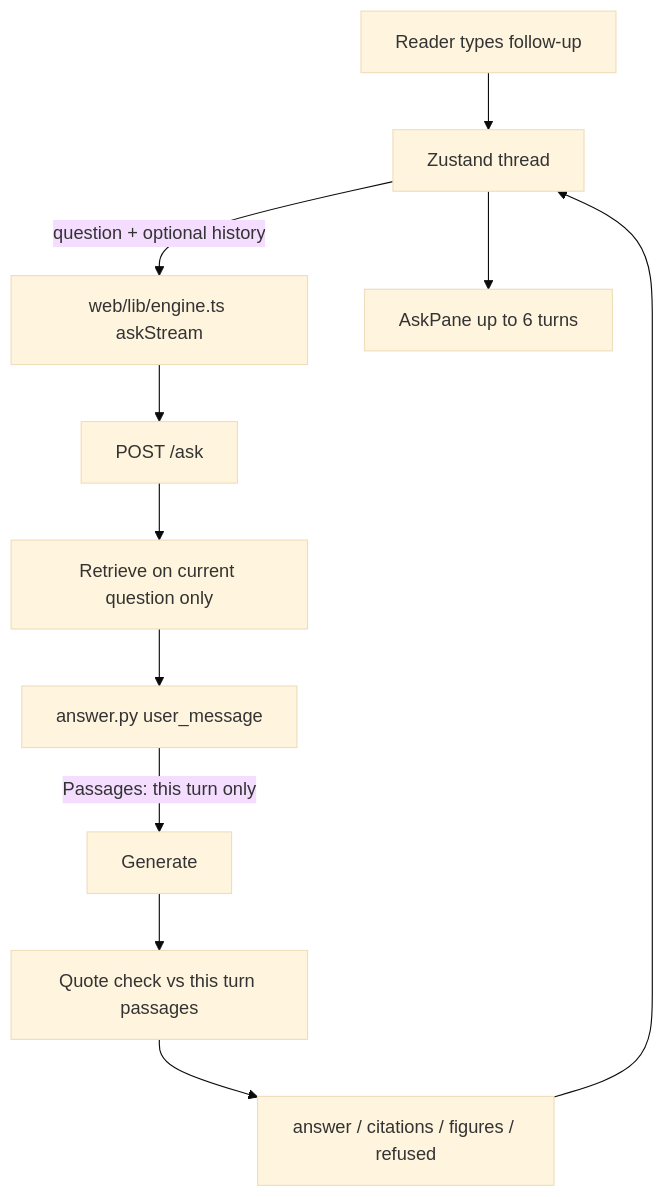
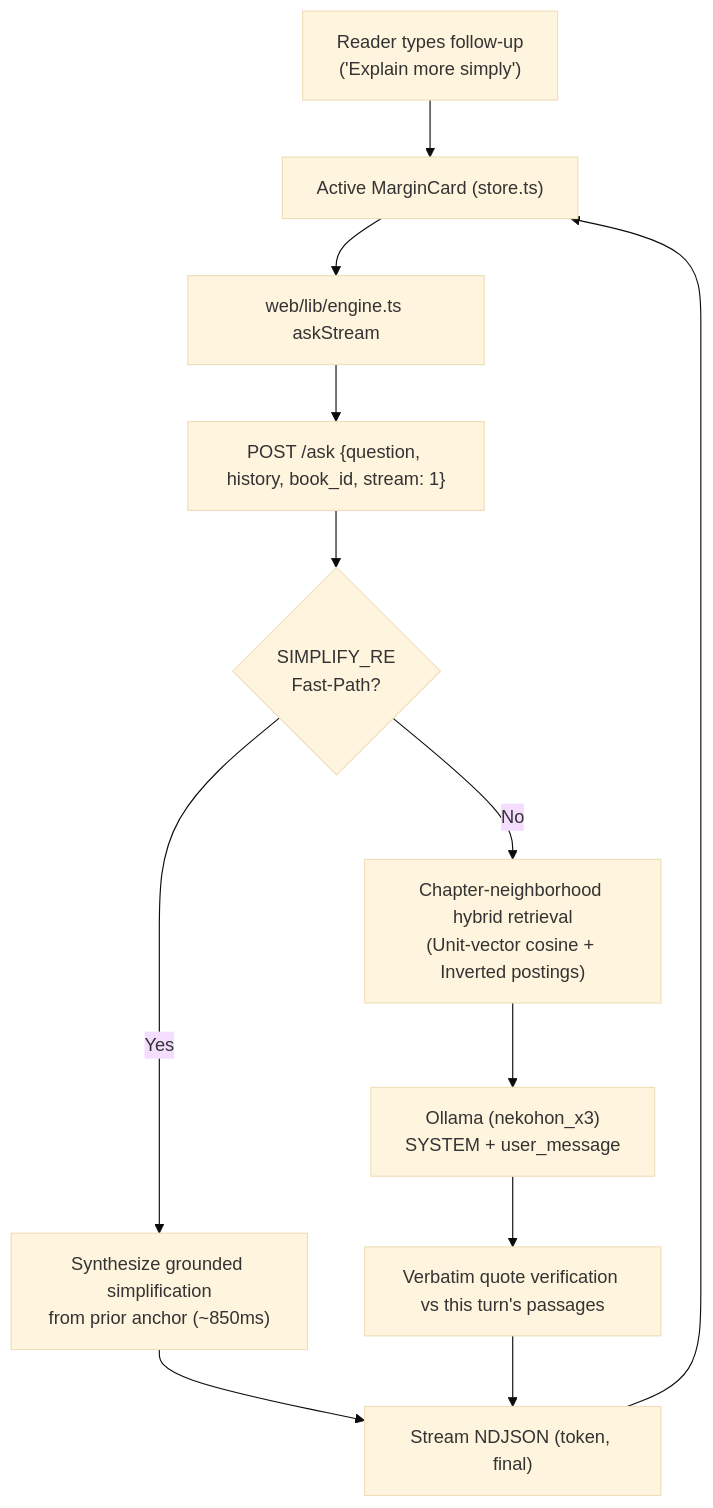
One commit to Skufu/NekoHon changed the diagram in artifacts/plans/conversation-map.md. Above: the diagram before and after it, drawn with Mermaid (base theme). The commit also changed other lines of this file and 12 other files, not shown here.

````diff
--- a/artifacts/plans/conversation-map.md
+++ b/artifacts/plans/conversation-map.md
@@ -61,13 +54,14 @@
 ```mermaid
 flowchart TD
-  reader[Reader types follow-up] --> store[Zustand thread]
-  store -->|"question + optional history"| engine["web/lib/engine.ts askStream"]
-  engine --> post["POST /ask"]
-  post --> retrieve[Retrieve on current question only]
-  retrieve --> um["answer.py user_message"]
-  um -->|"Passages: this turn only"| gen[Generate]
-  gen --> parse[Quote check vs this turn passages]
-  parse --> body[answer / citations / figures / refused]
-  body --> store
-  store --> pane[AskPane up to 6 turns]
+    Reader["Reader types follow-up<br/>('Explain more simply')"] --> Card["Active MarginCard (store.ts)"]
+    Card --> Engine["web/lib/engine.ts askStream"]
+    Engine --> POST["POST /ask {question, history, book_id, stream: 1}"]
+    POST --> CheckFast{"SIMPLIFY_RE<br/>Fast-Path?"}
+    CheckFast -->|Yes| FastGrounded["Synthesize grounded simplification<br/>from prior anchor (~850ms)"]
+    CheckFast -->|No| NeighborRet["Chapter-neighborhood hybrid retrieval<br/>(Unit-vector cosine + Inverted postings)"]
+    NeighborRet --> LLM["Ollama (nekohon_x3)<br/>SYSTEM + user_message"]
+    LLM --> QuoteCheck["Verbatim quote verification vs this turn's passages"]
+    FastGrounded --> Return["Stream NDJSON (token, final)"]
+    QuoteCheck --> Return
+    Return --> Card
 ```
````
